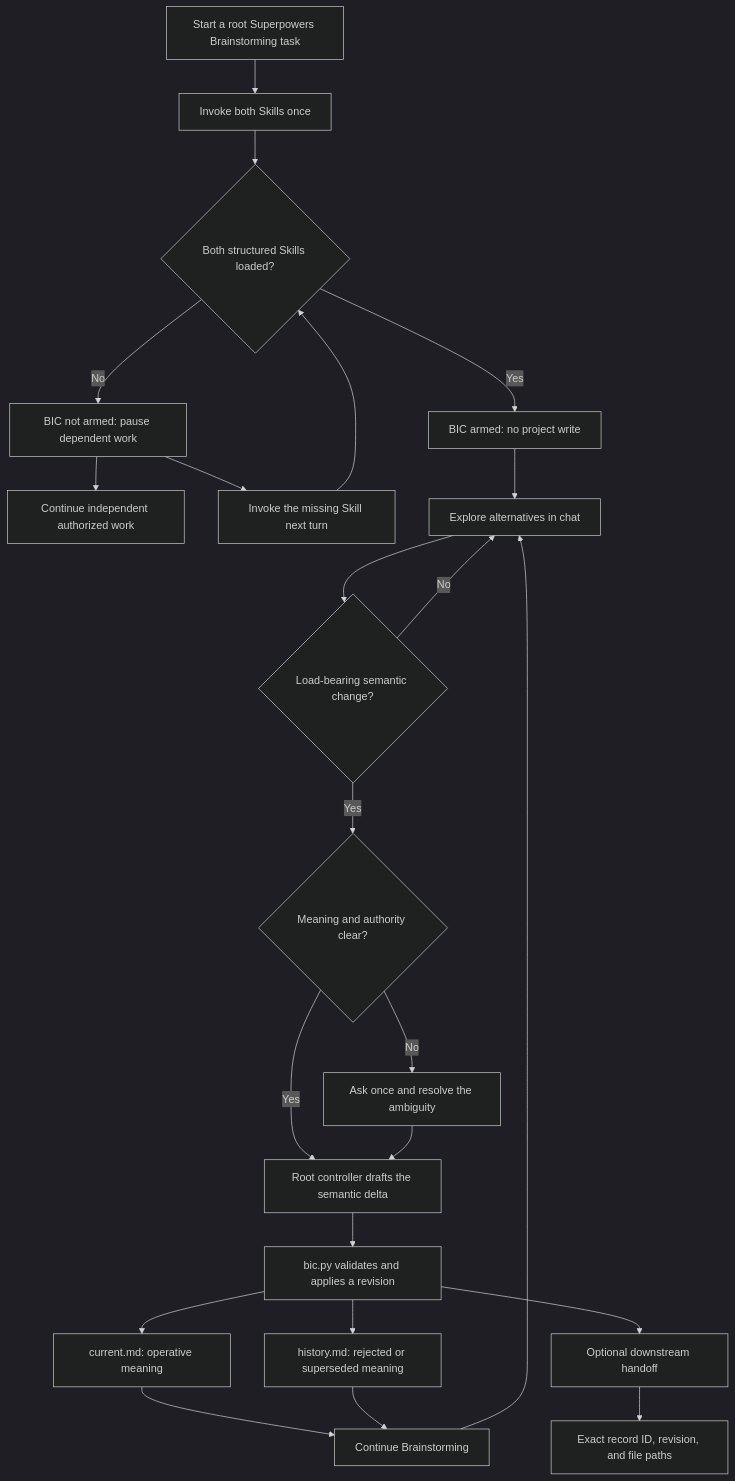
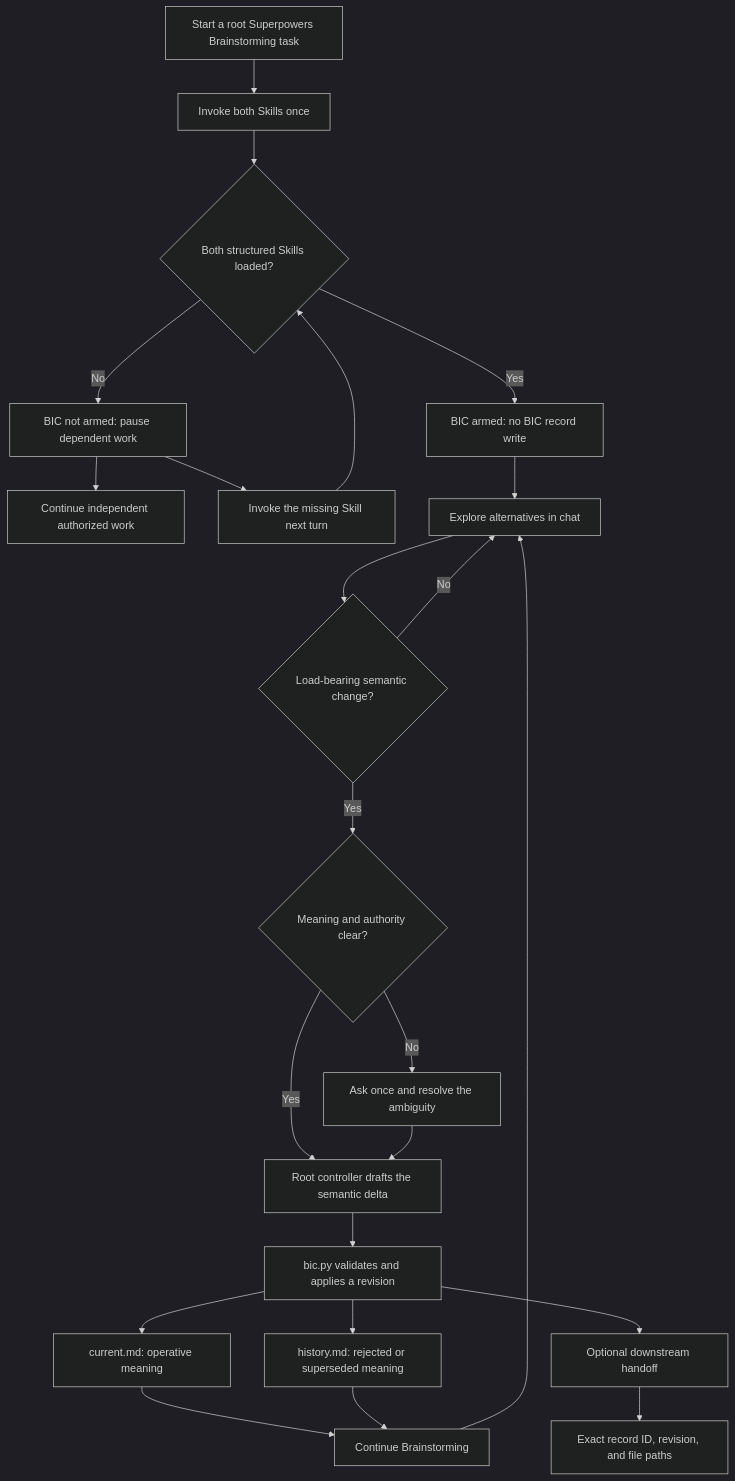
The first of 3 diagrams in README.md (GentleJinqi/Brainstorming-Intent-Continuity), drawn with Mermaid (dark theme) before and after one commit. The commit also changed other lines of this file and 4 other files, not shown here.

````diff
--- a/README.md
+++ b/README.md
@@ -179,25 +179,25 @@
 ```mermaid
 flowchart TD
     A["Start a root Superpowers Brainstorming task"] --> B["Invoke both Skills once"]
     B --> C{"Both structured Skills loaded?"}
     C -->|"No"| C0["BIC not armed: pause dependent work"]
     C0 --> C2["Continue independent authorized work"]
     C0 --> C1["Invoke the missing Skill next turn"]
     C1 --> C
-    C -->|"Yes"| D["BIC armed: no project write"]
+    C -->|"Yes"| D["BIC armed: no BIC record write"]
     D --> E0["Explore alternatives in chat"]
     E0 --> E{"Load-bearing semantic change?"}
     E -->|"No"| E0
     E -->|"Yes"| F{"Meaning and authority clear?"}
     F -->|"No"| G["Ask once and resolve the ambiguity"]
     F -->|"Yes"| H["Root controller drafts the semantic delta"]
     G --> H
     H --> I["bic.py validates and applies a revision"]
     I --> J["current.md: operative meaning"]
     I --> K["history.md: rejected or superseded meaning"]
     J --> L["Continue Brainstorming"]
     K --> L
     L --> E0
     I --> M["Optional downstream handoff"]
     M --> N["Exact record ID, revision, and file paths"]
 ```
````
